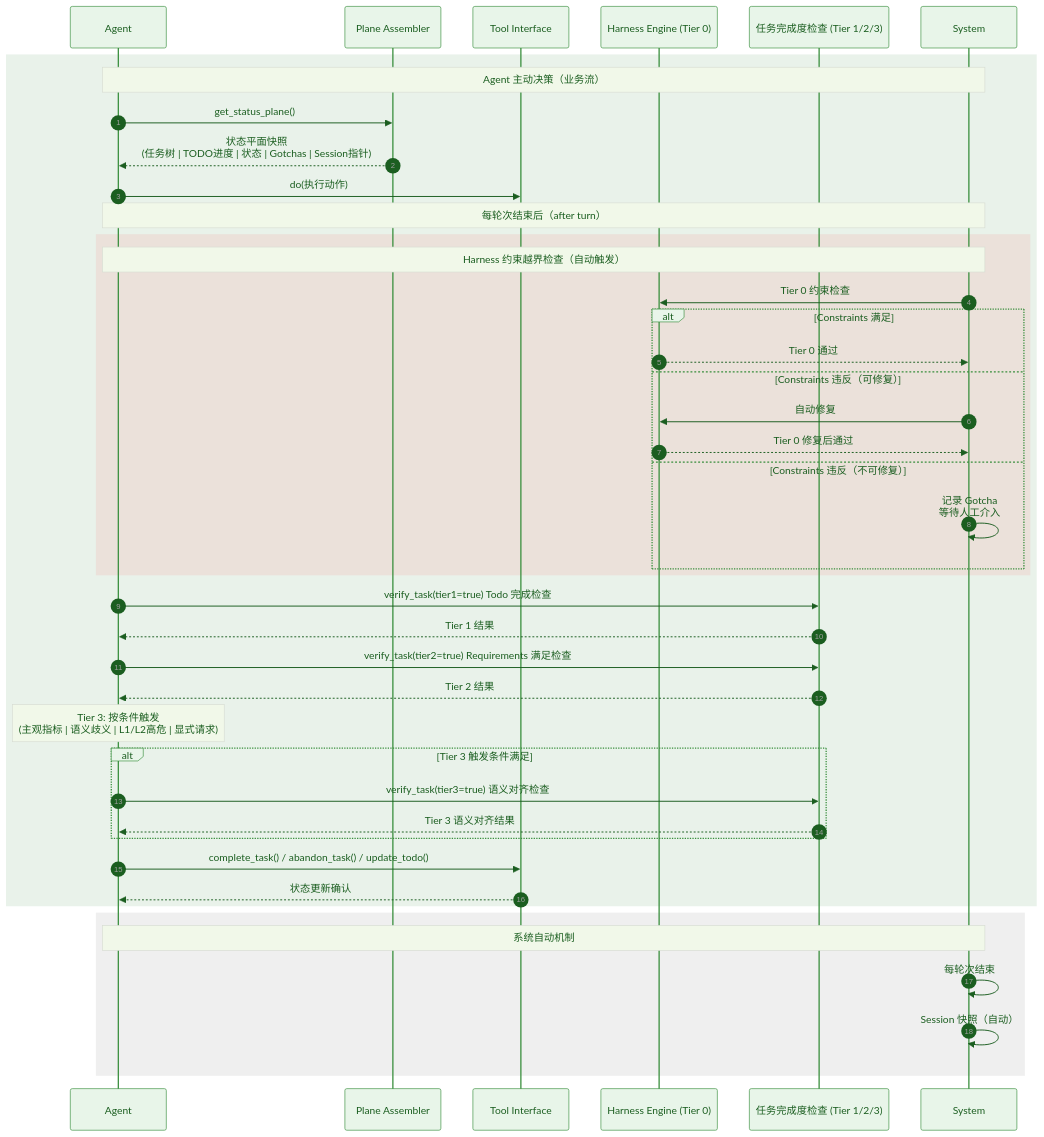
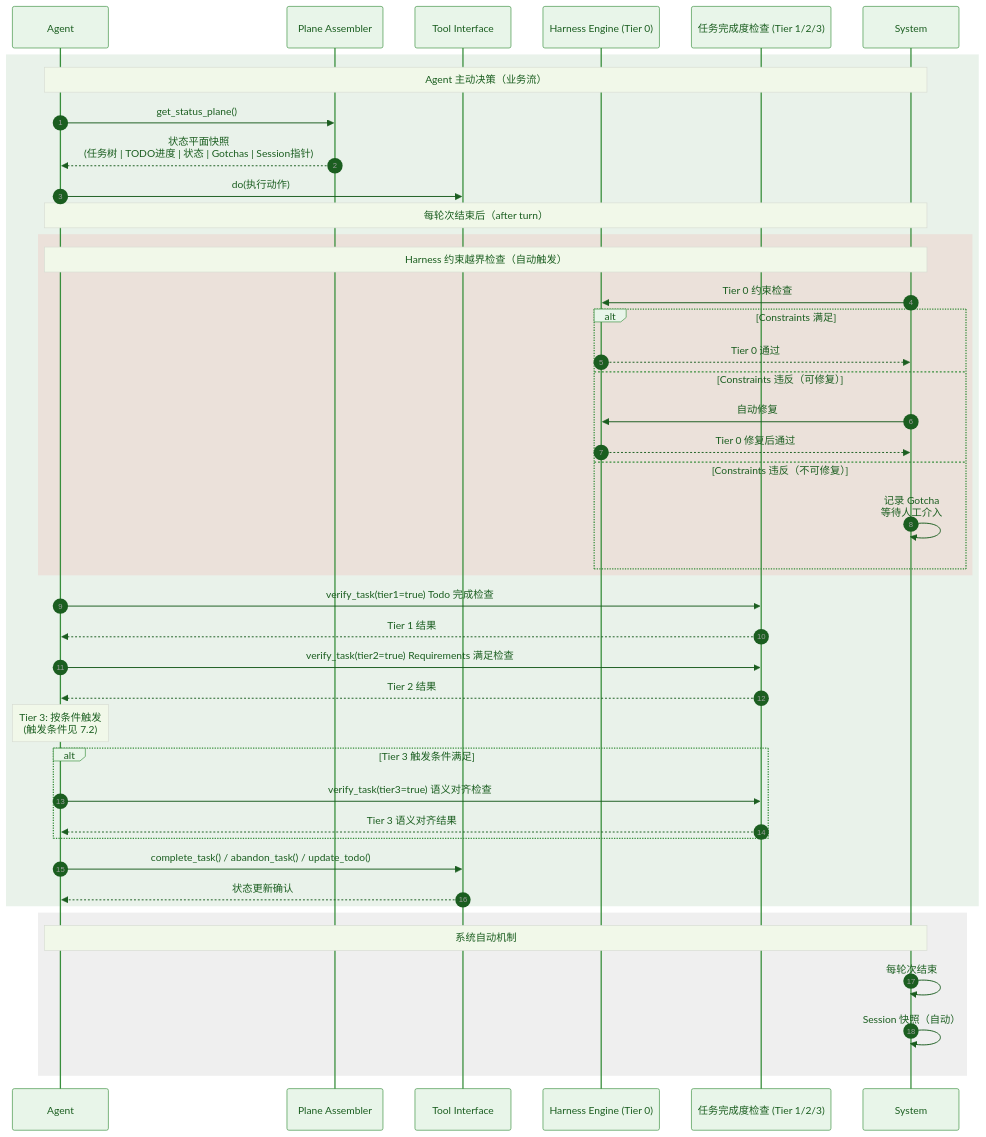
Diagram 13 of 13 in docs/spec.md (Lazyn0tBug/mem0ress), drawn with Mermaid before and after one commit. The commit also changed other lines of this file, not shown here.

Commit message:
清理规范中残留的实现细节（Judge Agent、__exit__钩子等），确认规范聚焦接口语义

````diff
--- a/docs/spec.md
+++ b/docs/spec.md
@@ -818,55 +813,55 @@
 ```mermaid
 %% label：Agent 驱动的业务闭环
 %%{ init: { 'theme': 'base', 'themeVariables': { 'primaryColor': '#e8f5e9', 'primaryTextColor': '#1b5e20', 'primaryBorderColor': '#388e3c', 'lineColor': '#616161', 'noteBkgColor': '#f1f8e9', 'noteTextColor': '#1b5e20' } } }%%
 sequenceDiagram
     autonumber
     participant Agent
     participant PA as Plane Assembler
     participant TI as Tool Interface
     participant HE as Harness Engine (Tier 0)
     participant VC as 任务完成度检查 (Tier 1/2/3)
     participant System
 
     rect rgba(46, 125, 50, 0.1)
         Note over Agent,System: Agent 主动决策（业务流）
         Agent->>PA: get_status_plane()
         PA-->>Agent: 状态平面快照<br/>(任务树 | TODO进度 | 状态 | Gotchas | Session指针)
 
         Agent->>TI: do(执行动作)
 
         Note over Agent,System: 每轮次结束后（after turn）
         rect rgba(239, 154, 154, 0.2)
             Note over Agent,System: Harness 约束越界检查（自动触发）
             System->>HE: Tier 0 约束检查
             alt Constraints 满足
                 HE-->>System: Tier 0 通过
             else Constraints 违反（可修复）
                 System->>HE: 自动修复
                 HE-->>System: Tier 0 修复后通过
             else Constraints 违反（不可修复）
                 System->>System: 记录 Gotcha<br/>等待人工介入
             end
         end
 
         Agent->>VC: verify_task(tier1=true) Todo 完成检查
         VC-->>Agent: Tier 1 结果
 
         Agent->>VC: verify_task(tier2=true) Requirements 满足检查
         VC-->>Agent: Tier 2 结果
 
-        Note over Agent: Tier 3: 按条件触发<br/>(主观指标 | 语义歧义 | L1/L2高危 | 显式请求)
+        Note over Agent: Tier 3: 按条件触发<br/>(触发条件见 7.2)
         alt Tier 3 触发条件满足
             Agent->>VC: verify_task(tier3=true) 语义对齐检查
             VC-->>Agent: Tier 3 语义对齐结果
         end
 
         Agent->>TI: complete_task() / abandon_task() / update_todo()
         TI-->>Agent: 状态更新确认
     end
 
     rect rgba(100, 100, 100, 0.1)
         Note over Agent,System: 系统自动机制
         System->>System: 每轮次结束
         System->>System: Session 快照（自动）
     end
 ```
````
